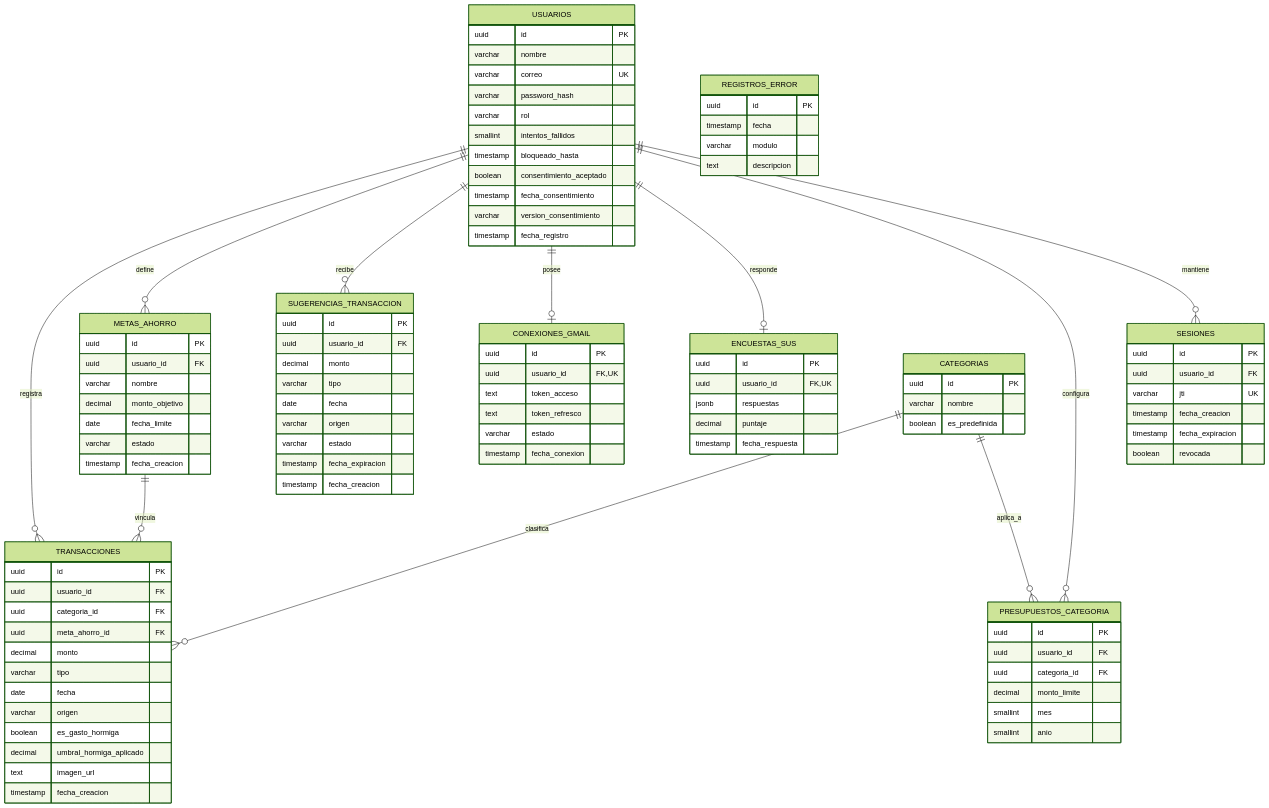
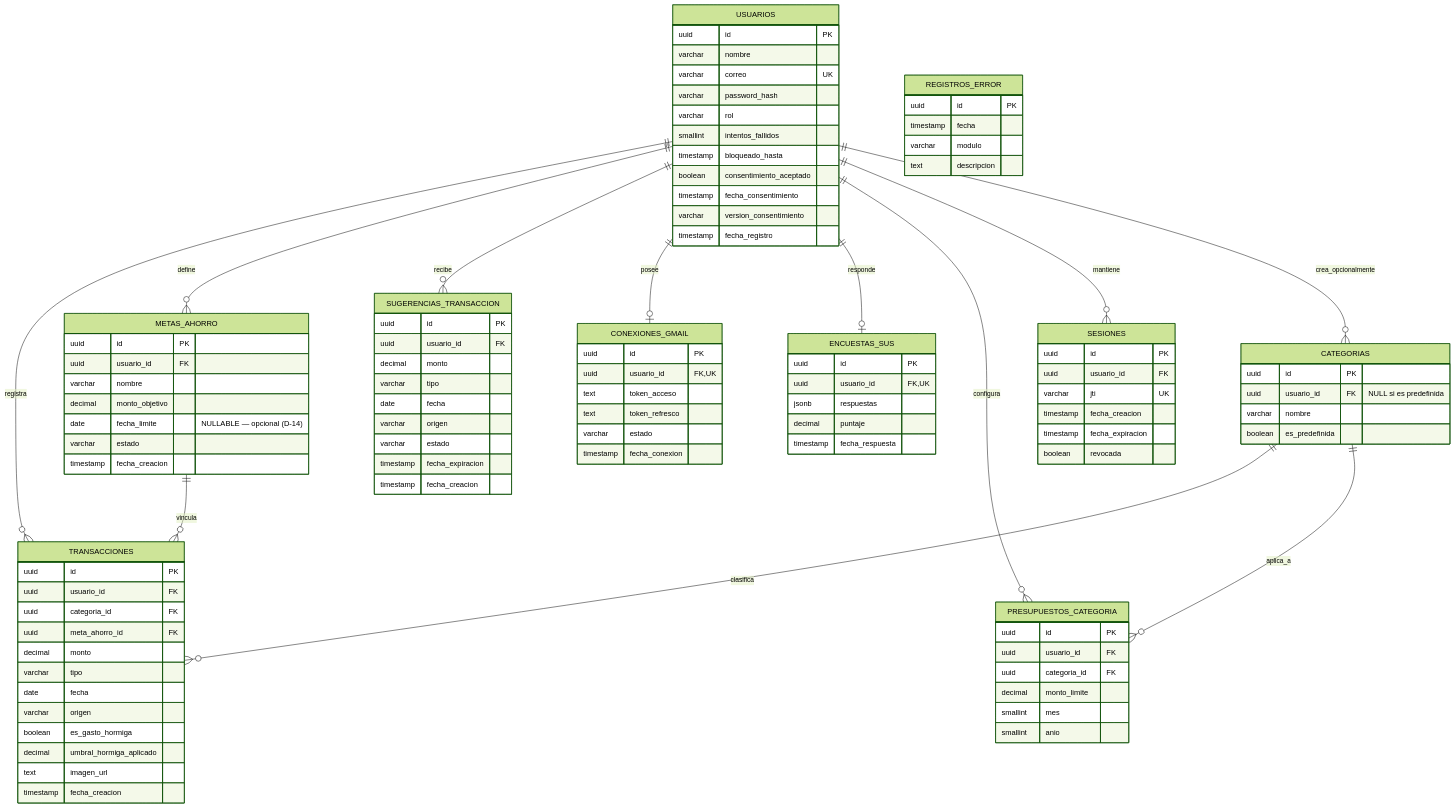
One commit to adlerOmonte1/MiFIBackend changed the diagram in docs/DiagramaEntidadRelacion.md. Above: the diagram before and after it, drawn with Mermaid (forest theme). The commit also changed other lines of this file and 8 other files, not shown here.

Commit message:
Docs:Modificacion sobre categorizacion del usuario y limite de fechas de metas dispuestas

```diff
--- a/docs/DiagramaEntidadRelacion.md
+++ b/docs/DiagramaEntidadRelacion.md
@@ -13,6 +13,7 @@
     USUARIOS ||--o| ENCUESTAS_SUS : responde
     USUARIOS ||--o{ PRESUPUESTOS_CATEGORIA : configura
     USUARIOS ||--o{ SESIONES : mantiene
+    USUARIOS ||--o{ CATEGORIAS : crea_opcionalmente
     CATEGORIAS ||--o{ TRANSACCIONES : clasifica
     CATEGORIAS ||--o{ PRESUPUESTOS_CATEGORIA : aplica_a
     METAS_AHORRO ||--o{ TRANSACCIONES : vincula
@@ -54,6 +55,7 @@
     }
     CATEGORIAS {
         uuid id PK
+        uuid usuario_id FK "NULL si es predefinida"
         varchar nombre
         boolean es_predefinida
     }
@@ -62,7 +64,7 @@
         uuid usuario_id FK
         varchar nombre
         decimal monto_objetivo
-        date fecha_limite
+        date fecha_limite "NULLABLE — opcional (D-14)"
         varchar estado
         timestamp fecha_creacion
     }
```
